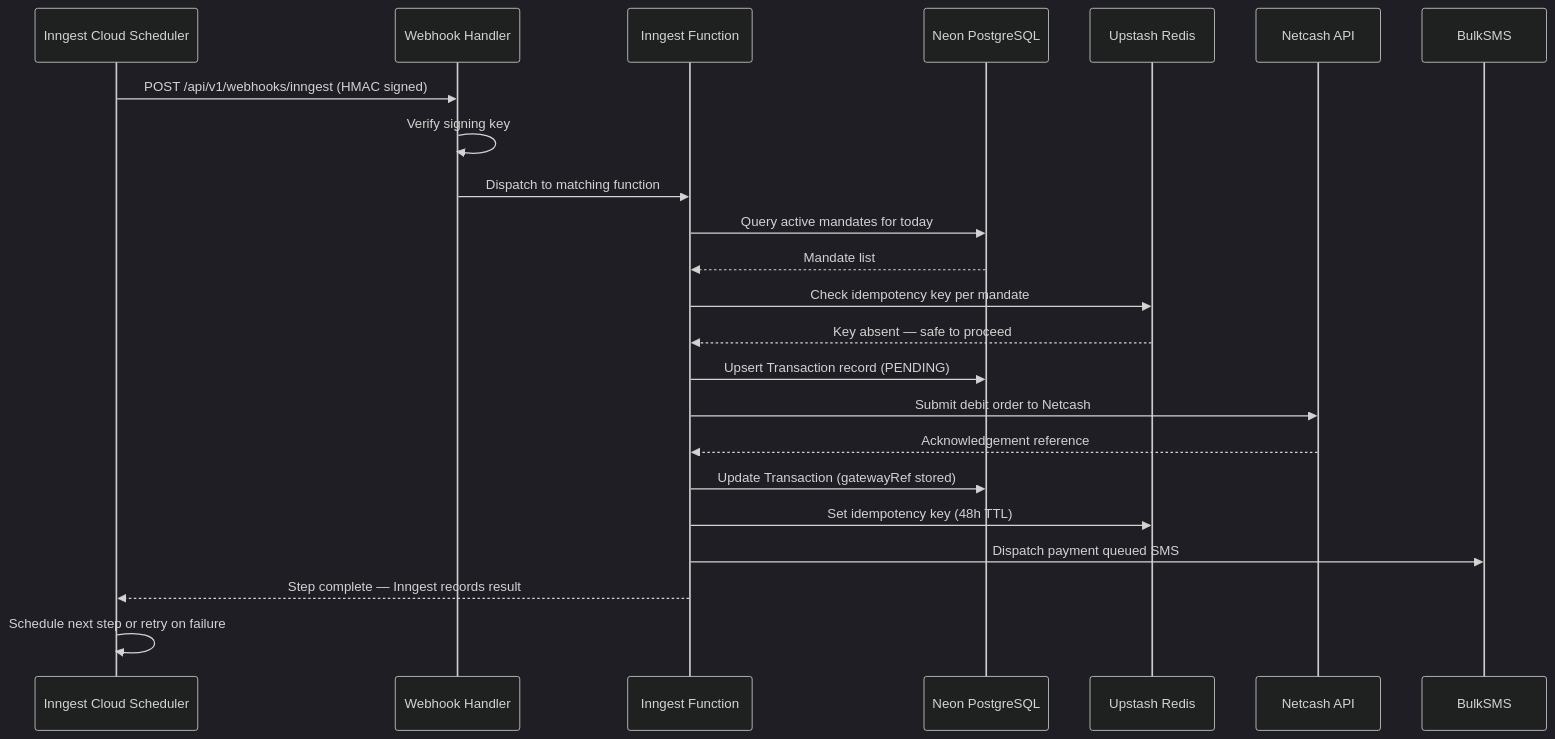
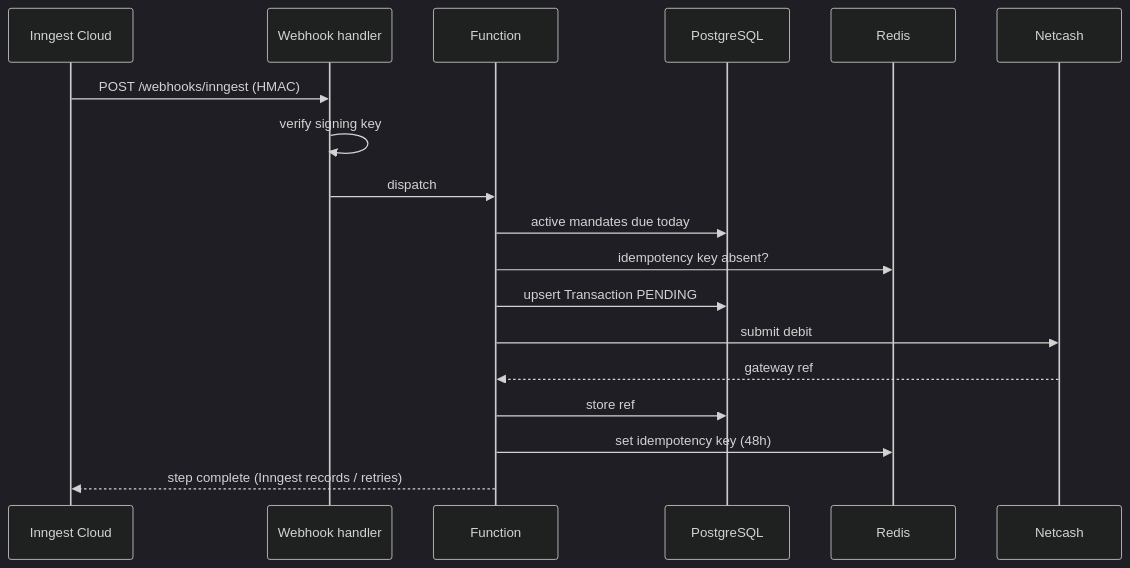
The third of 3 diagrams in docs/architecture/02-container-architecture.md (KSDRILL-SA/Xkimi-Xa-Mali), drawn with Mermaid (dark theme) before and after one commit. The commit also changed other lines of this file and 3 other files, not shown here.

First line of the commit message:
docs: tighten C4 architecture and refresh for phase-3 (#188)

````diff
--- a/docs/architecture/02-container-architecture.md
+++ b/docs/architecture/02-container-architecture.md
@@ -128,26 +74,21 @@
 ```mermaid
 sequenceDiagram
-    participant IC as Inngest Cloud Scheduler
-    participant WH as Webhook Handler
-    participant FN as Inngest Function
-    participant DB as Neon PostgreSQL
-    participant RD as Upstash Redis
-    participant NC as Netcash API
-    participant SMS as BulkSMS
+    participant IC as Inngest Cloud
+    participant WH as Webhook handler
+    participant FN as Function
+    participant DB as PostgreSQL
+    participant RD as Redis
+    participant NC as Netcash
 
-    IC->>WH: POST /api/v1/webhooks/inngest (HMAC signed)
-    WH->>WH: Verify signing key
-    WH->>FN: Dispatch to matching function
-    FN->>DB: Query active mandates for today
-    DB-->>FN: Mandate list
-    FN->>RD: Check idempotency key per mandate
-    RD-->>FN: Key absent — safe to proceed
-    FN->>DB: Upsert Transaction record (PENDING)
-    FN->>NC: Submit debit order to Netcash
-    NC-->>FN: Acknowledgement reference
-    FN->>DB: Update Transaction (gatewayRef stored)
-    FN->>RD: Set idempotency key (48h TTL)
-    FN->>SMS: Dispatch payment queued SMS
-    FN-->>IC: Step complete — Inngest records result
-    IC->>IC: Schedule next step or retry on failure
+    IC->>WH: POST /webhooks/inngest (HMAC)
+    WH->>WH: verify signing key
+    WH->>FN: dispatch
+    FN->>DB: active mandates due today
+    FN->>RD: idempotency key absent?
+    FN->>DB: upsert Transaction PENDING
+    FN->>NC: submit debit
+    NC-->>FN: gateway ref
+    FN->>DB: store ref
+    FN->>RD: set idempotency key (48h)
+    FN-->>IC: step complete (Inngest records / retries)
 ```
````
